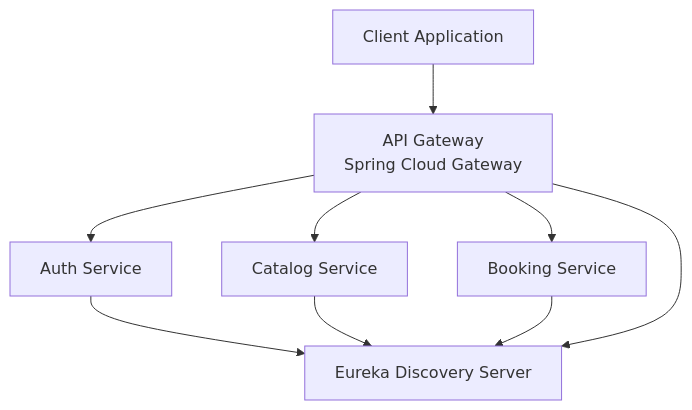
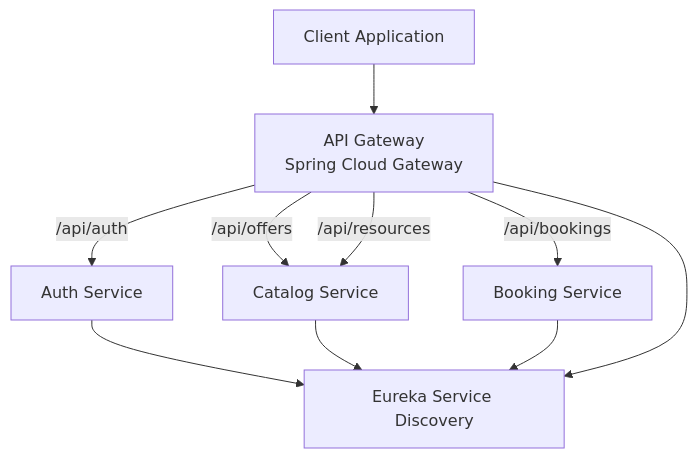
The diagram in README.md (LeonilSulude/smart-booking-platform), drawn with Mermaid before and after one commit.

Commit message:
Add routes to system diagram

````diff
--- a/README.md
+++ b/README.md
@@ -45,24 +45,25 @@
 ```mermaid
 graph TD
 
 Client[Client Application]
 
 Gateway[API Gateway<br>Spring Cloud Gateway]
 
 Auth[Auth Service]
 Catalog[Catalog Service]
 Booking[Booking Service]
 
-Eureka[Eureka Discovery Server]
+Eureka[Eureka Service Discovery]
 
 Client --> Gateway
 
-Gateway --> Auth
-Gateway --> Catalog
-Gateway --> Booking
+Gateway -->|/api/auth| Auth
+Gateway -->|/api/offers| Catalog
+Gateway -->|/api/resources| Catalog
+Gateway -->|/api/bookings| Booking
 
 Auth --> Eureka
 Catalog --> Eureka
 Booking --> Eureka
 Gateway --> Eureka
 ```
````
